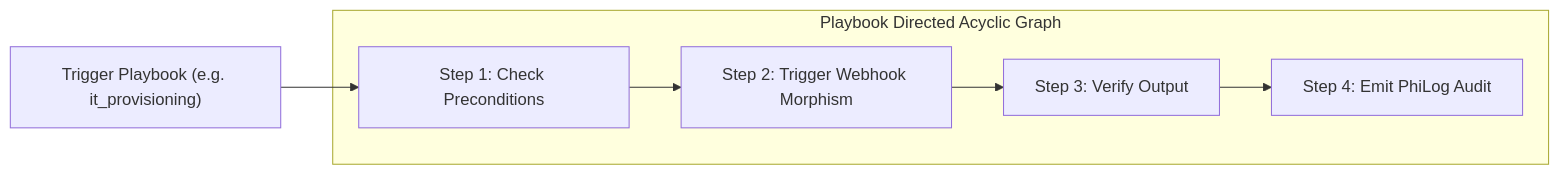
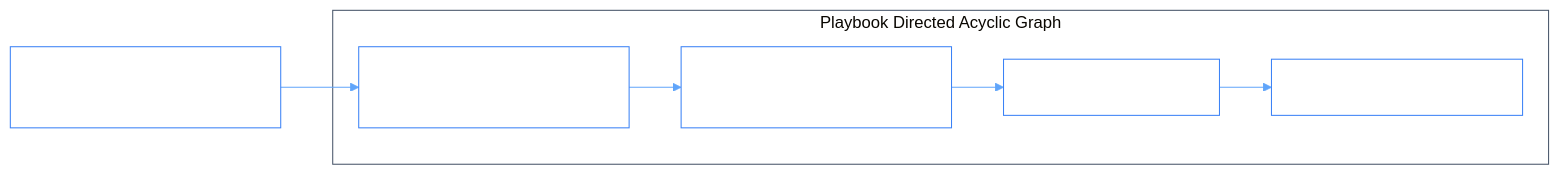
The diagram in src/phiadk/agents/phibot/README.md (gemphi/phiant), drawn with Mermaid before and after one commit. The commit also changed 84 other files, not shown here.

Commit message:
docs: enforce crisp high-contrast white text across all 81 Mermaid diagrams and add comprehensive READMEs to all repository folders

````diff
--- a/src/phiadk/agents/phibot/README.md
+++ b/src/phiadk/agents/phibot/README.md
@@ -9,10 +9,11 @@
 ```mermaid
+%%{init: {'theme': 'base', 'themeVariables': {'background': 'transparent', 'mainBkg': 'transparent', 'nodeBorder': '#3b82f6', 'clusterBkg': 'transparent', 'clusterBorder': '#475569', 'lineColor': '#60a5fa', 'textColor': '#ffffff', 'primaryTextColor': '#ffffff', 'nodeTextColor': '#ffffff', 'edgeLabelBackground': '#0f172a'}}}%%
 graph LR
     subgraph PlaybookDAG["Playbook Directed Acyclic Graph"]
         Step1["Step 1: Check Preconditions"] --> Step2["Step 2: Trigger Webhook Morphism"]
         Step2 --> Step3["Step 3: Verify Output"]
         Step3 --> Step4["Step 4: Emit PhiLog Audit"]
     end
 
     Trigger["Trigger Playbook (e.g. it_provisioning)"] --> Step1
 ```
````
